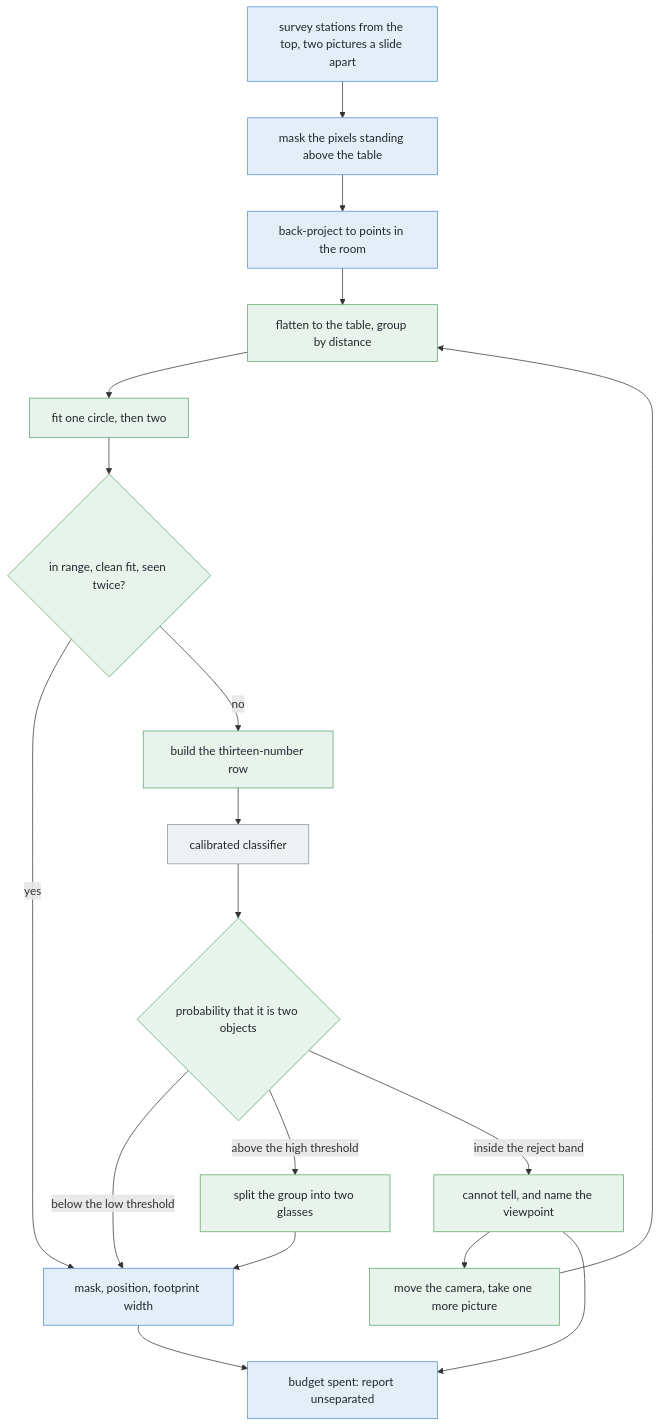
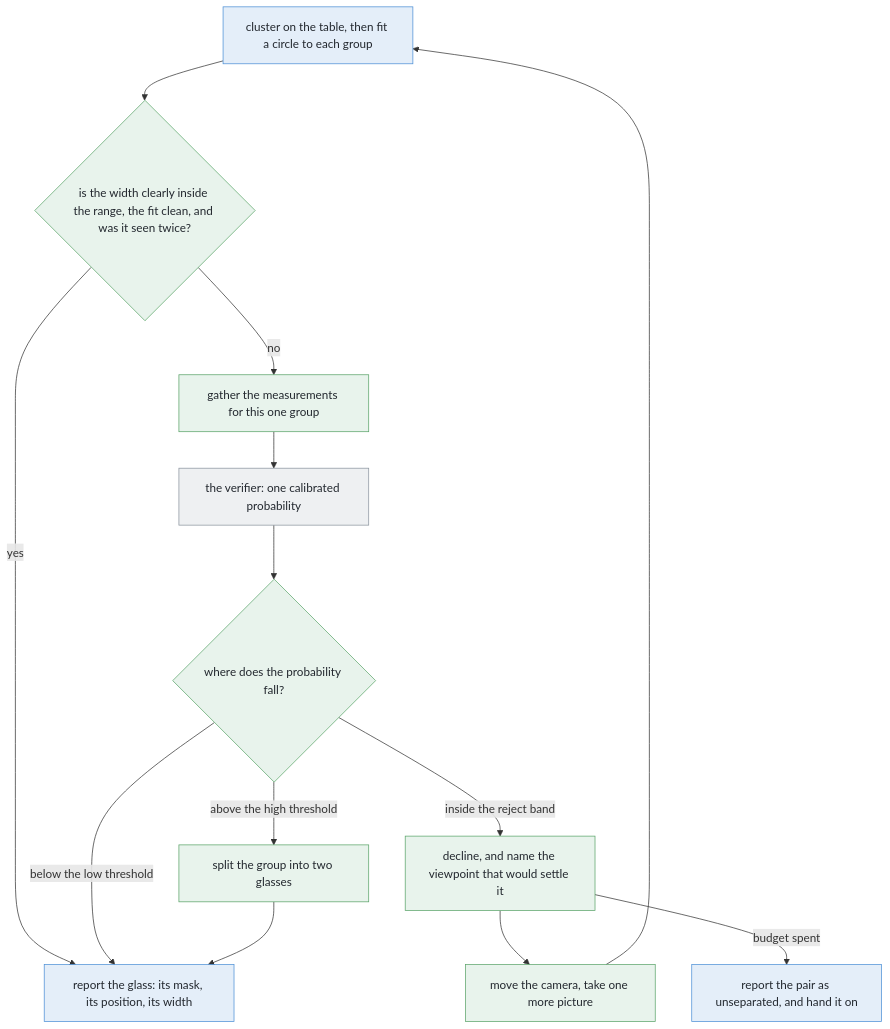
Before and after one commit to RobinNagpal/robot-arm-projects: the diagram in v5-pick-glasses/docs/problem-2/solutions/05-a-learned-verifier-over-the-clusters.md, drawn with Mermaid. The commit also changed other lines of this file, not shown here.

````diff
--- a/v5-pick-glasses/docs/problem-2/solutions/05-a-learned-verifier-over-the-clusters.md
+++ b/v5-pick-glasses/docs/problem-2/solutions/05-a-learned-verifier-over-the-clusters.md
@@ -387,34 +297,25 @@
 ```mermaid
 flowchart TD
-    E1["survey stations from the top, two pictures a slide apart"] --> E2["mask the pixels standing above the table"]
-    E2 --> E3["back-project to points in the room"]
-    E3 --> N1["flatten to the table, group by distance"]
-    N1 --> N2["fit one circle, then two"]
-    N2 --> D1{"in range, clean fit, seen twice?"}
-    D1 -->|yes| E4["mask, position, footprint width"]
-    D1 -->|no| N3["build the thirteen-number row"]
-    N3 --> L1["calibrated classifier"]
-    L1 --> D2{"probability that it is two objects"}
-    D2 -->|"below the low threshold"| E4
+    E1["cluster on the table, then fit a circle to each group"] --> D1{"is the width clearly inside the range, the fit clean, and was it seen twice?"}
+    D1 -->|"yes"| OUT["report the glass: its mask, its position, its width"]
+    D1 -->|"no"| N3["gather the measurements for this one group"]
+    N3 --> L1["the verifier: one calibrated probability"]
+    L1 --> D2{"where does the probability fall?"}
+    D2 -->|"below the low threshold"| OUT
     D2 -->|"above the high threshold"| N4["split the group into two glasses"]
-    N4 --> E4
-    D2 -->|"inside the reject band"| N5["cannot tell, and name the viewpoint"]
+    N4 --> OUT
+    D2 -->|"inside the reject band"| N5["decline, and name the viewpoint that would settle it"]
     N5 --> N6["move the camera, take one more picture"]
-    N6 --> N1
-    N5 --> E5["budget spent: report unseparated"]
-    E4 --> E5
+    N6 --> E1
+    N5 -->|"budget spent"| E5["report the pair as unseparated, and hand it on"]
     style E1 fill:#e4eef9,stroke:#4c8fd6,color:#22272e
-    style E2 fill:#e4eef9,stroke:#4c8fd6,color:#22272e
-    style E3 fill:#e4eef9,stroke:#4c8fd6,color:#22272e
-    style E4 fill:#e4eef9,stroke:#4c8fd6,color:#22272e
+    style OUT fill:#e4eef9,stroke:#4c8fd6,color:#22272e
     style E5 fill:#e4eef9,stroke:#4c8fd6,color:#22272e
-    style N1 fill:#e8f3ec,stroke:#5aa469,color:#22272e
-    style N2 fill:#e8f3ec,stroke:#5aa469,color:#22272e
+    style D1 fill:#e8f3ec,stroke:#5aa469,color:#22272e
     style N3 fill:#e8f3ec,stroke:#5aa469,color:#22272e
+    style D2 fill:#e8f3ec,stroke:#5aa469,color:#22272e
     style N4 fill:#e8f3ec,stroke:#5aa469,color:#22272e
     style N5 fill:#e8f3ec,stroke:#5aa469,color:#22272e
     style N6 fill:#e8f3ec,stroke:#5aa469,color:#22272e
-    style D1 fill:#e8f3ec,stroke:#5aa469,color:#22272e
-    style D2 fill:#e8f3ec,stroke:#5aa469,color:#22272e
     style L1 fill:#eef0f2,stroke:#8b949e,color:#22272e
 ```
````
